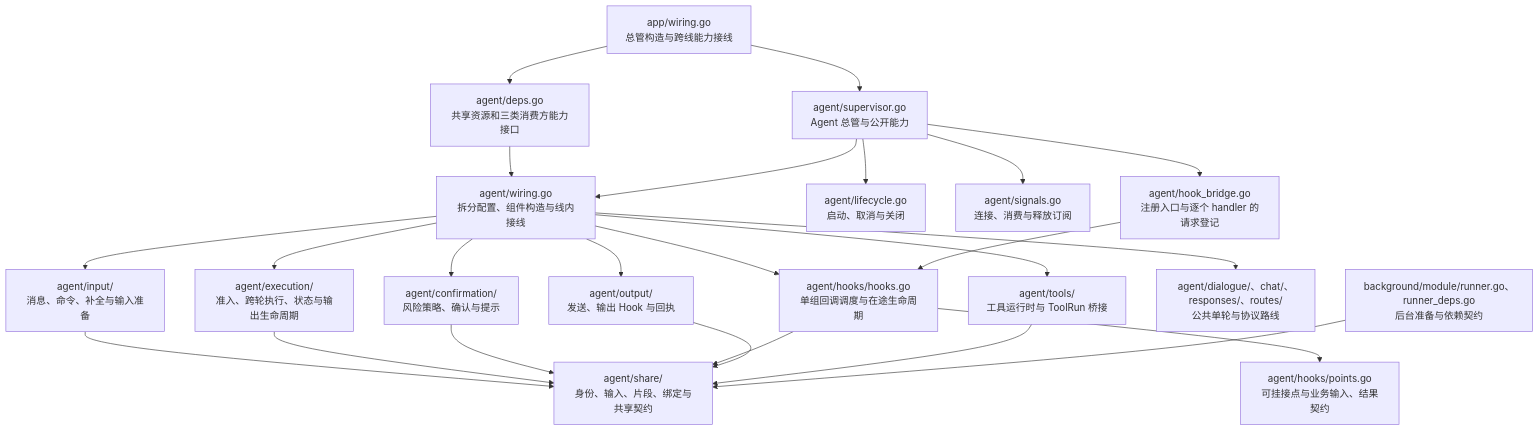
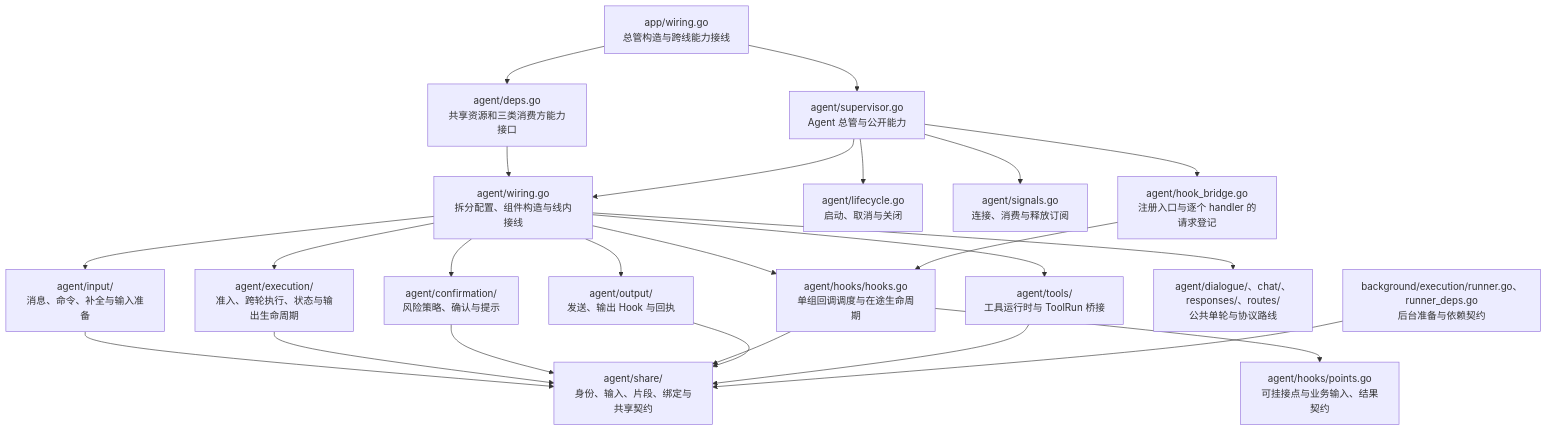
One commit to Elflare/elbot changed the third of 15 diagrams in devdocs/architecture.md. Above: the diagram before and after it, drawn with Mermaid. The commit also changed other lines of this file and 103 other files, not shown here.

````diff
--- a/devdocs/architecture.md
+++ b/devdocs/architecture.md
@@ -133,21 +133,21 @@
 ```mermaid
 flowchart TD
     A["app/wiring.go<br/>总管构造与跨线能力接线"] --> S["agent/supervisor.go<br/>Agent 总管与公开能力"]
     A --> DEP["agent/deps.go<br/>共享资源和三类消费方能力接口"]
     DEP --> W
     S --> W["agent/wiring.go<br/>拆分配置、组件构造与线内接线"]
     S --> L["agent/lifecycle.go<br/>启动、取消与关闭"]
     S --> G["agent/signals.go<br/>连接、消费与释放订阅"]
     W --> I["agent/input/<br/>消息、命令、补全与输入准备"]
     W --> E["agent/execution/<br/>准入、跨轮执行、状态与输出生命周期"]
     W --> C["agent/confirmation/<br/>风险策略、确认与提示"]
     W --> H["agent/hooks/hooks.go<br/>单组回调调度与在途生命周期"]
     S --> HB["agent/hook_bridge.go<br/>注册入口与逐个 handler 的请求登记"]
     HB --> H
     H --> HP["agent/hooks/points.go<br/>可挂接点与业务输入、结果契约"]
     W --> O["agent/output/<br/>发送、输出 Hook 与回执"]
     W --> T["agent/tools/<br/>工具运行时与 ToolRun 桥接"]
     W --> D["agent/dialogue/、chat/、responses/、routes/<br/>公共单轮与协议路线"]
     I & E & C & H & O & T --> R["agent/share/<br/>身份、输入、片段、绑定与共享契约"]
-    B["background/module/runner.go、runner_deps.go<br/>后台准备与依赖契约"] --> R
+    B["background/execution/runner.go、runner_deps.go<br/>后台准备与依赖契约"] --> R
 ```
````
